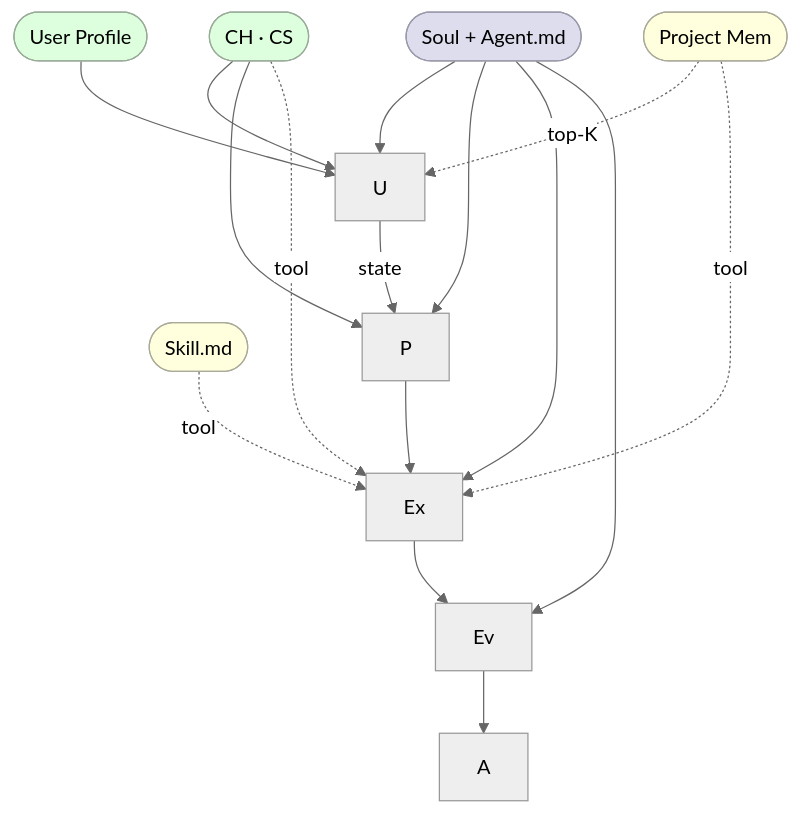
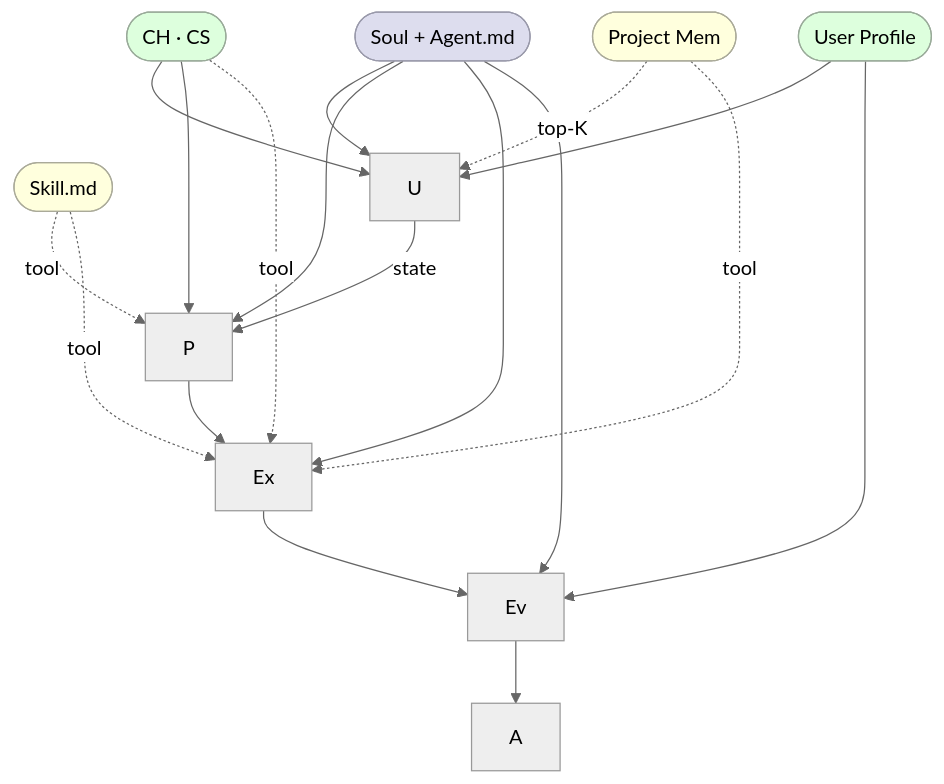
The fourth of 4 diagrams in memory_arch.md (wiedersehne/Ida-arch), drawn with Mermaid (neutral theme) before and after one commit. The commit also changed other lines of this file, not shown here.

````diff
--- a/memory_arch.md
+++ b/memory_arch.md
@@ -281,32 +281,34 @@
 ```mermaid
 flowchart TD
     soul(["Soul + Agent.md"])
     ep(["CH · CS"])
     up(["User Profile"])
     pm(["Project Mem"])
     sk(["Skill.md"])
 
     U["U"] -->|state| P["P"] --> Ex["Ex"] --> Ev["Ev"] --> A["A"]
 
     soul --> U
     soul --> P
     soul --> Ex
     soul --> Ev
 
     ep --> U
     ep --> P
     ep -.->|tool| Ex
 
     up --> U
+    up --> Ev
 
     pm -.->|top-K| U
     pm -.->|tool| Ex
 
+    sk -.->|tool| P
     sk -.->|tool| Ex
 
     style soul fill:#dde,stroke:#99a
     style ep fill:#dfd,stroke:#9a9
     style up fill:#dfd,stroke:#9a9
     style pm fill:#ffd,stroke:#aa9
     style sk fill:#ffd,stroke:#aa9
 ```
````
